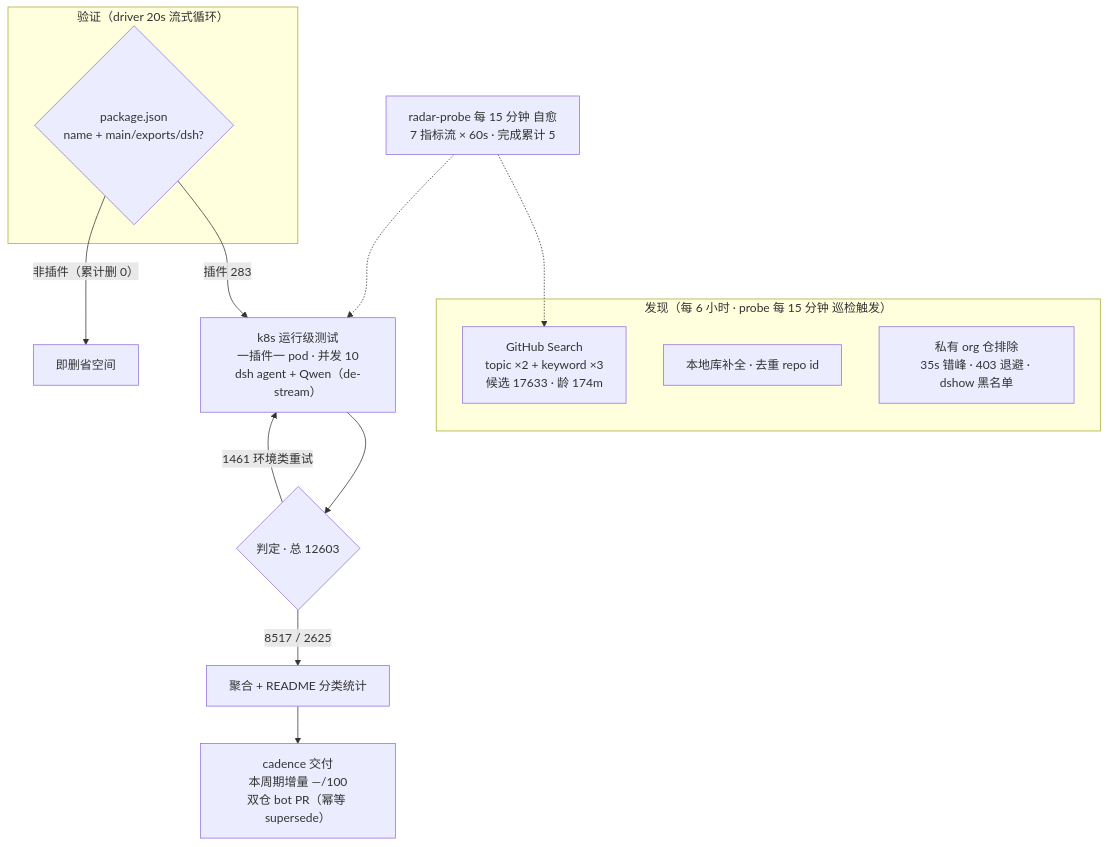
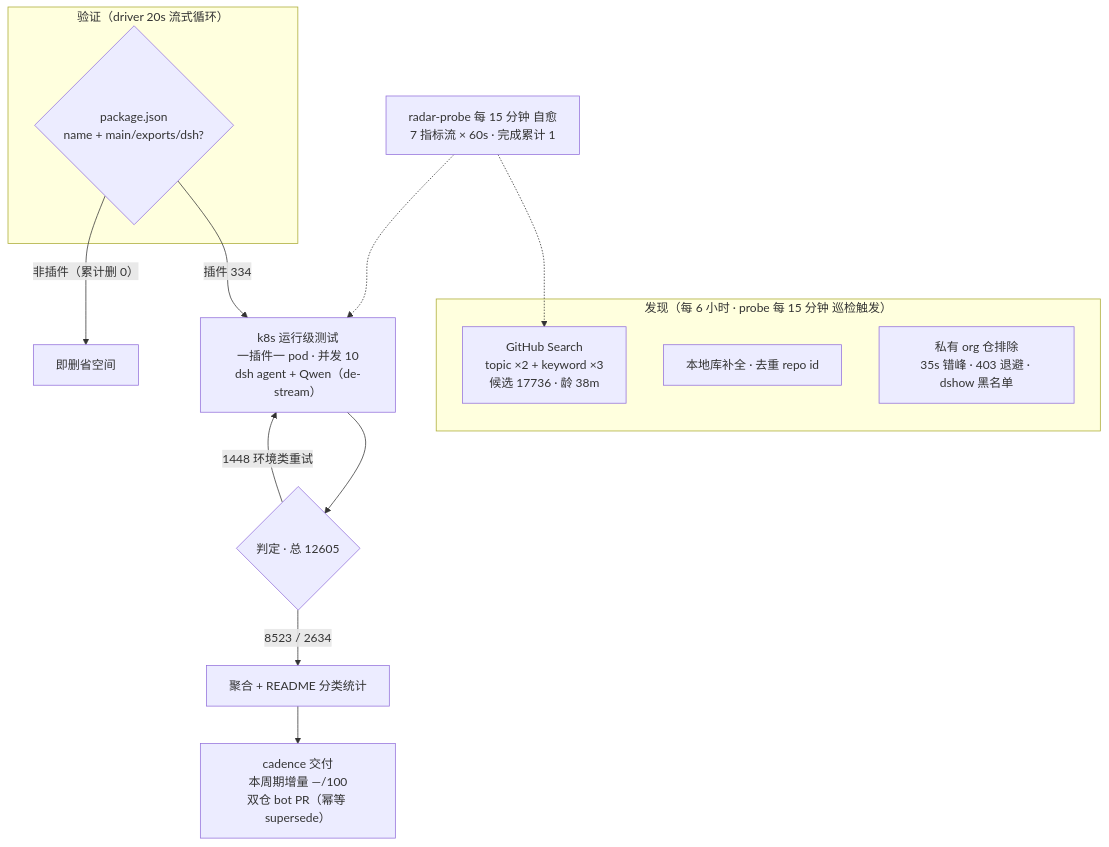
Before and after one commit to Zhidao-Lab-OSS/awesome-dsh-plugins: the diagram in README.md, drawn with Mermaid. The commit also changed other lines of this file and 1 other file, not shown here.

````diff
--- a/README.md
+++ b/README.md
@@ -52,20 +52,20 @@
 ```mermaid
 flowchart TB
     subgraph Discovery["发现（每 6 小时 · probe 每 15 分钟 巡检触发）"]
-        A1["GitHub Search<br/>topic ×2 + keyword ×3<br/>候选 17633 · 龄 174m"]
+        A1["GitHub Search<br/>topic ×2 + keyword ×3<br/>候选 17736 · 龄 38m"]
         A2["本地库补全 · 去重 repo id"]
         A3["私有 org 仓排除<br/>35s 错峰 · 403 退避 · dshow 黑名单"]
     end
     subgraph Validation["验证（driver 20s 流式循环）"]
         B1{"package.json<br/>name + main/exports/dsh?"}
     end
-    B1 -->|"插件 283"| C1["k8s 运行级测试<br/>一插件一 pod · 并发 10<br/>dsh agent + Qwen（de-stream）"]
+    B1 -->|"插件 334"| C1["k8s 运行级测试<br/>一插件一 pod · 并发 10<br/>dsh agent + Qwen（de-stream）"]
     B1 -->|"非插件（累计删 0）"| B3["即删省空间"]
-    C1 --> D1{"判定 · 总 12603"}
-    D1 -->|"8517 / 2625"| E1["聚合 + README 分类统计"]
-    D1 -->|"1461 环境类重试"| C1
+    C1 --> D1{"判定 · 总 12605"}
+    D1 -->|"8523 / 2634"| E1["聚合 + README 分类统计"]
+    D1 -->|"1448 环境类重试"| C1
     E1 --> E2["cadence 交付<br/>本周期增量 —/100<br/>双仓 bot PR（幂等 supersede）"]
-    M["radar-probe 每 15 分钟 自愈<br/>7 指标流 × 60s · 完成累计 5"]
+    M["radar-probe 每 15 分钟 自愈<br/>7 指标流 × 60s · 完成累计 1"]
     M -.-> A1
     M -.-> C1
 ```
````
